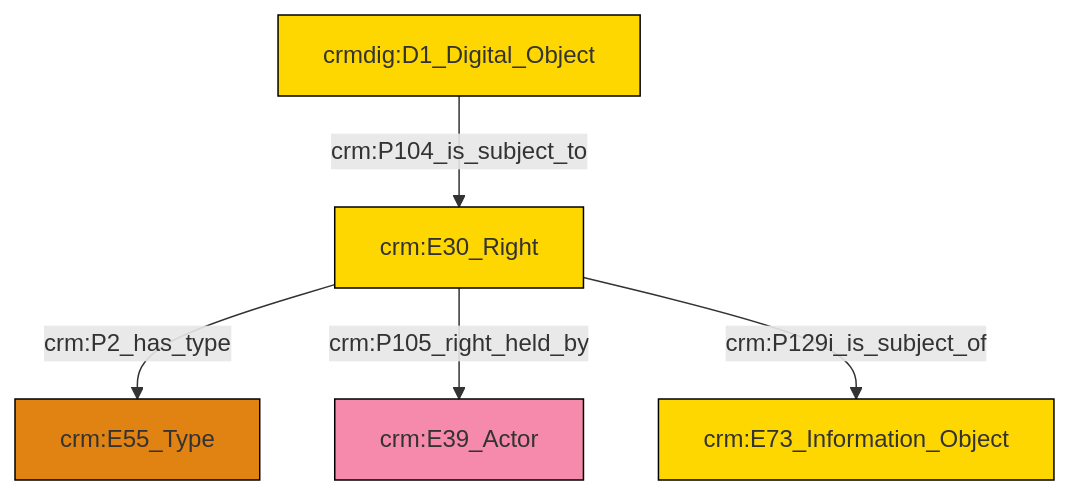
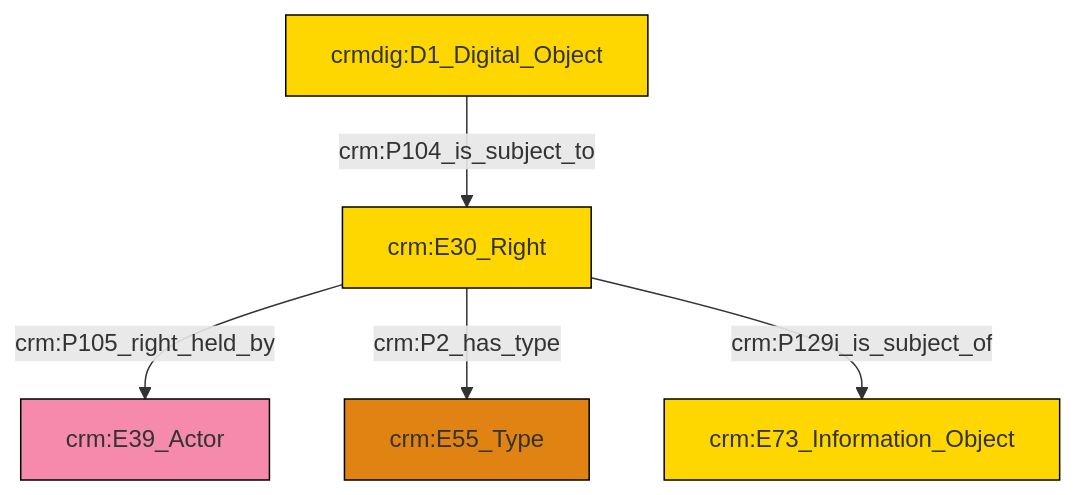
Before and after one commit to swiss-art-research-net/reference-data-models: the diagram in et/doCSV/ttl/mmd/do_rights.ttl.mmd, drawn with Mermaid. The commit also changed 151 other files, not shown here.

```diff
--- a/et/doCSV/ttl/mmd/do_rights.ttl.mmd
+++ b/et/doCSV/ttl/mmd/do_rights.ttl.mmd
@@ -1,19 +1,19 @@
 graph TD
 classDef Literal fill:#f2f2f2,stroke:#000000;
 classDef CRM_Entity fill:#FFFFFF,stroke:#000000;
 classDef Temporal_Entity fill:#00C9E6, stroke:#000000;
 classDef Type fill:#E18312, stroke:#000000;
 classDef Time-Span fill:#2C9C91, stroke:#000000;
 classDef Appellation fill:#FFEB7F, stroke:#000000;
 classDef Place fill:#008836, stroke:#000000;
 classDef Persistent_Item fill:#B266B2, stroke:#000000;
 classDef Conceptual_Object fill:#FFD700, stroke:#000000;
 classDef Physical_Thing fill:#D2B48C, stroke:#000000;
 classDef Actor fill:#f58aad, stroke:#000000;
 classDef PC_Classes fill:#4ce600, stroke:#000000;
 classDef Multi fill:#cccccc,stroke:#000000;
 
-2["crm:E30_Right"]:::Conceptual_Object -->|crm:P2_has_type| 3["crm:E55_Type"]:::Type
-2["crm:E30_Right"]:::Conceptual_Object -->|crm:P105_right_held_by| 5["crm:E39_Actor"]:::Actor
-2["crm:E30_Right"]:::Conceptual_Object -->|crm:P129i_is_subject_of| 8["crm:E73_Information_Object"]:::Conceptual_Object
-0["crmdig:D1_Digital_Object"]:::Conceptual_Object -->|crm:P104_is_subject_to| 2["crm:E30_Right"]:::Conceptual_Object
+0["crm:E30_Right"]:::Conceptual_Object -->|crm:P105_right_held_by| 1["crm:E39_Actor"]:::Actor
+0["crm:E30_Right"]:::Conceptual_Object -->|crm:P2_has_type| 2["crm:E55_Type"]:::Type
+0["crm:E30_Right"]:::Conceptual_Object -->|crm:P129i_is_subject_of| 5["crm:E73_Information_Object"]:::Conceptual_Object
+3["crmdig:D1_Digital_Object"]:::Conceptual_Object -->|crm:P104_is_subject_to| 0["crm:E30_Right"]:::Conceptual_Object
```
